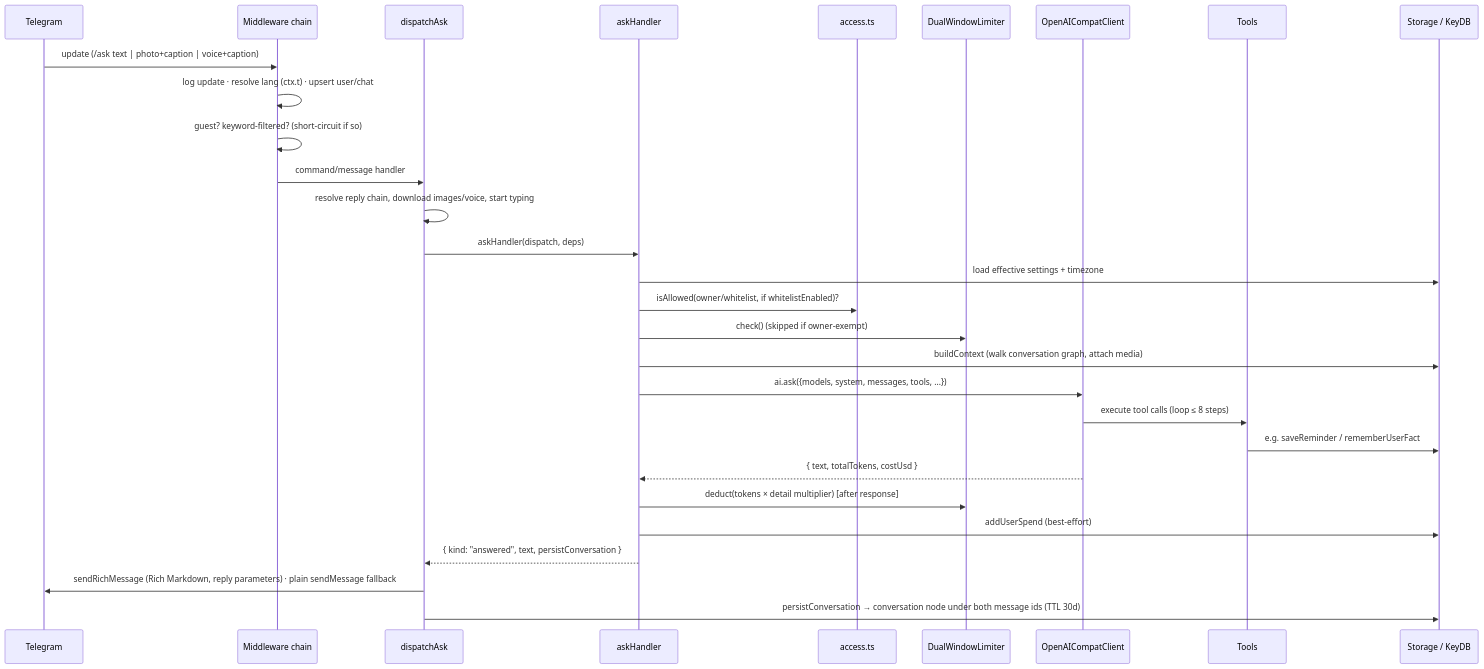
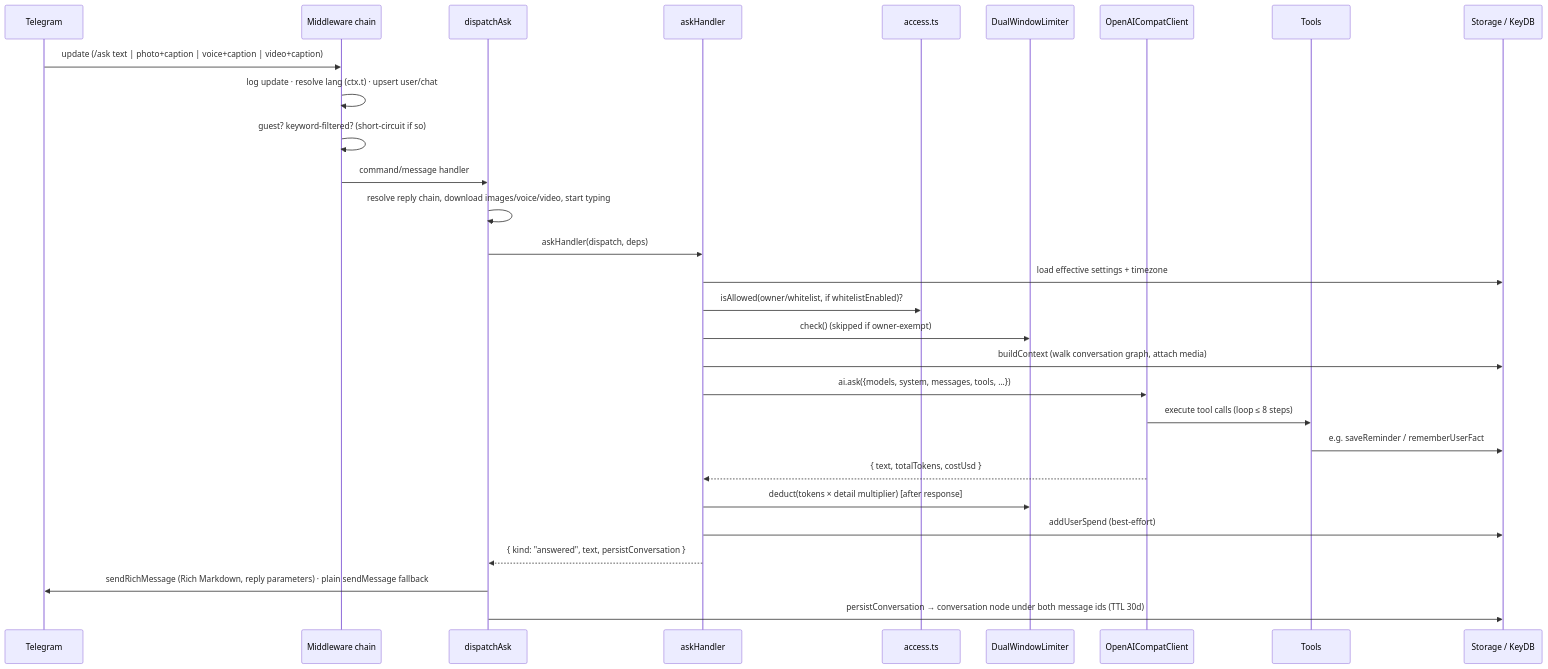
One commit to The-Fisher-Slopworks-Co/any_talker changed the second of 3 diagrams in docs/ARCHITECTURE.md. Above: the diagram before and after it, drawn with Mermaid. The commit also changed other lines of this file and 22 other files, not shown here.

````diff
--- a/docs/ARCHITECTURE.md
+++ b/docs/ARCHITECTURE.md
@@ -449,32 +489,32 @@
 ```mermaid
 sequenceDiagram
     participant TG as Telegram
     participant MW as Middleware chain
     participant D as dispatchAsk
     participant H as askHandler
     participant ACC as access.ts
     participant RL as DualWindowLimiter
     participant AI as OpenAICompatClient
     participant T as Tools
     participant S as Storage / KeyDB
 
-    TG->>MW: update (/ask text | photo+caption | voice+caption)
+    TG->>MW: update (/ask text | photo+caption | voice+caption | video+caption)
     MW->>MW: log update · resolve lang (ctx.t) · upsert user/chat
     MW->>MW: guest? keyword-filtered? (short-circuit if so)
     MW->>D: command/message handler
-    D->>D: resolve reply chain, download images/voice, start typing
+    D->>D: resolve reply chain, download images/voice/video, start typing
     D->>H: askHandler(dispatch, deps)
     H->>S: load effective settings + timezone
     H->>ACC: isAllowed(owner/whitelist, if whitelistEnabled)?
     H->>RL: check() (skipped if owner-exempt)
     H->>S: buildContext (walk conversation graph, attach media)
     H->>AI: ai.ask({models, system, messages, tools, ...})
     AI->>T: execute tool calls (loop ≤ 8 steps)
     T->>S: e.g. saveReminder / rememberUserFact
     AI-->>H: { text, totalTokens, costUsd }
     H->>RL: deduct(tokens × detail multiplier)  [after response]
     H->>S: addUserSpend (best-effort)
     H-->>D: { kind: "answered", text, persistConversation }
     D->>TG: sendRichMessage (Rich Markdown, reply parameters) · plain sendMessage fallback
     D->>S: persistConversation → conversation node under both message ids (TTL 30d)
 ```
````
